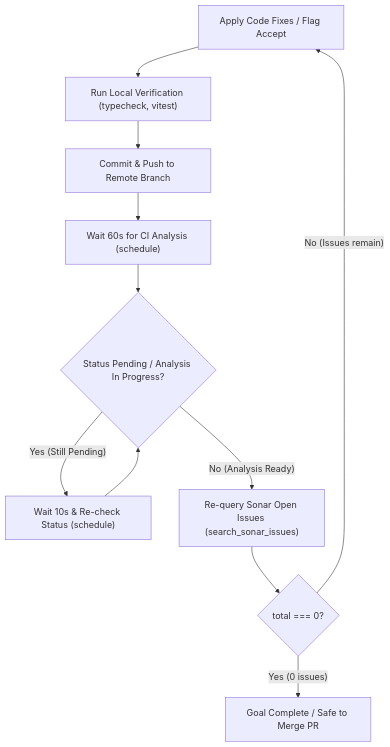
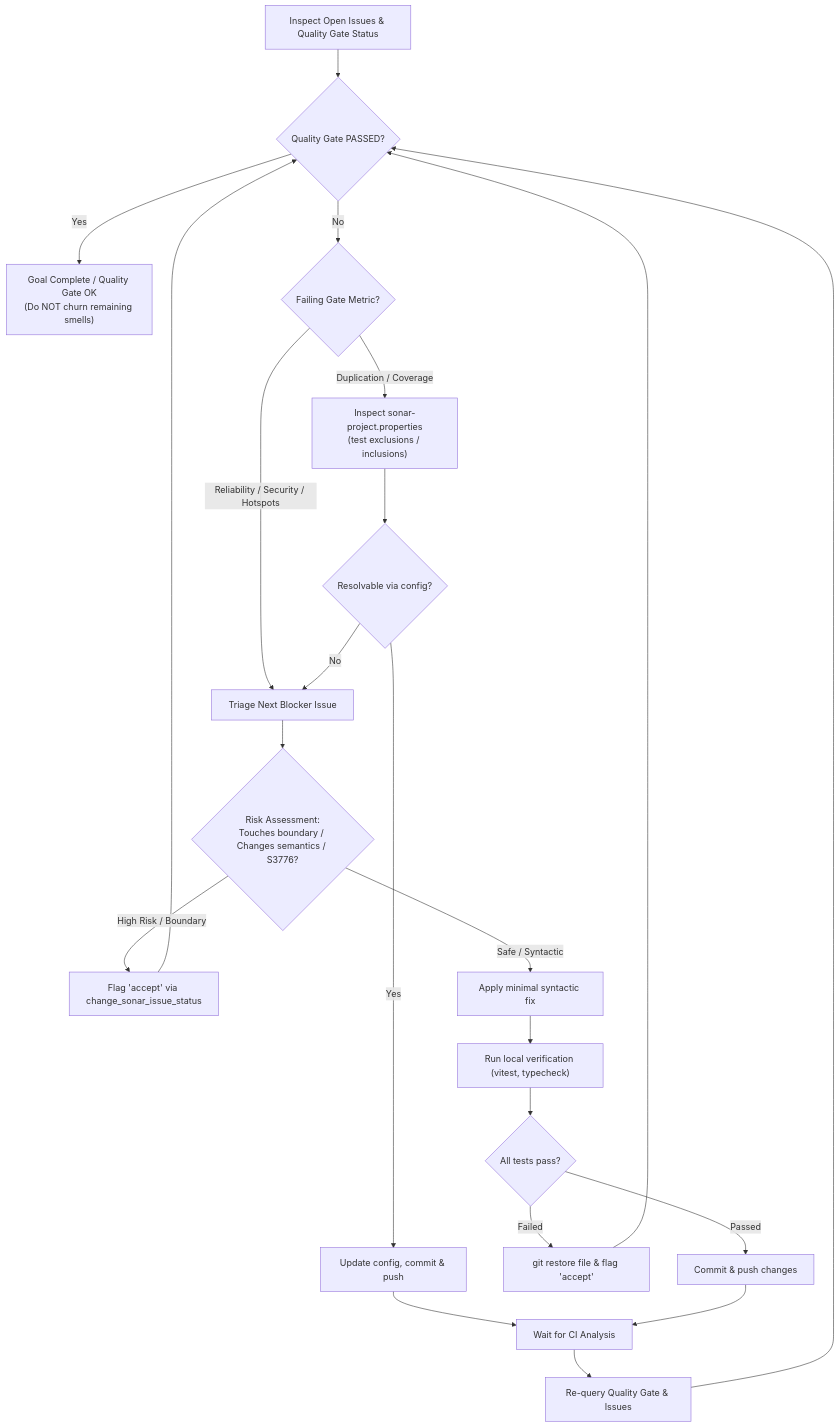
One commit to loerei/myskills changed the diagram in quality/sonar-remediation/SKILL.md. Above: the diagram before and after it, drawn with Mermaid. The commit also changed other lines of this file and 1 other file, not shown here.

Commit message:
feat(sonar-remediation): refactor skill with 5 core invariants and quality gate exit condition

````diff
--- a/quality/sonar-remediation/SKILL.md
+++ b/quality/sonar-remediation/SKILL.md
@@ -48,12 +53,19 @@
 ```mermaid
 flowchart TD
-    ApplyChanges["Apply Code Fixes / Flag Accept"] --> LocalVerify["Run Local Verification (typecheck, vitest)"]
-    LocalVerify --> CommitPush["Commit & Push to Remote Branch"]
-    CommitPush --> Wait60s["Wait 60s for CI Analysis (schedule)"]
-    Wait60s --> CheckPending{"Status Pending / Analysis In Progress?"}
-    CheckPending -->|"Yes (Still Pending)"| Poll10s["Wait 10s & Re-check Status (schedule)"] --> CheckPending
-    CheckPending -->|"No (Analysis Ready)"| ReQuery["Re-query Sonar Open Issues (search_sonar_issues)"]
-    ReQuery --> CheckZero{"total === 0?"}
-    CheckZero -->|"No (Issues remain)"| ApplyChanges
-    CheckZero -->|"Yes (0 issues)"| Complete["Goal Complete / Safe to Merge PR"]
+    InspectIssues["Inspect Open Issues & Quality Gate Status"] --> CheckGate{"Quality Gate PASSED?"}
+    CheckGate -->|"Yes"| Done["Goal Complete / Quality Gate OK<br/>(Do NOT churn remaining smells)"]
+    CheckGate -->|"No"| CheckMetric{"Failing Gate Metric?"}
+    CheckMetric -->|"Duplication / Coverage"| CheckConfig["Inspect sonar-project.properties<br/>(test exclusions / inclusions)"]
+    CheckMetric -->|"Reliability / Security / Hotspots"| TriageIssue["Triage Next Blocker Issue"]
+    CheckConfig --> ConfigFix{"Resolvable via config?"}
+    ConfigFix -->|"Yes"| ApplyConfig["Update config, commit & push"] --> WaitCI["Wait for CI Analysis"]
+    ConfigFix -->|"No"| TriageIssue
+    TriageIssue --> RiskEval{"Risk Assessment:<br/>Touches boundary / Changes semantics / S3776?"}
+    RiskEval -->|"High Risk / Boundary"| FlagAccept["Flag 'accept' via change_sonar_issue_status"] --> CheckGate
+    RiskEval -->|"Safe / Syntactic"| ApplyFix["Apply minimal syntactic fix"]
+    ApplyFix --> RunTests["Run local verification (vitest, typecheck)"]
+    RunTests --> TestResult{"All tests pass?"}
+    TestResult -->|"Failed"| Rollback["git restore file & flag 'accept'"] --> CheckGate
+    TestResult -->|"Passed"| CommitPush["Commit & push changes"] --> WaitCI
+    WaitCI --> ReQuery["Re-query Quality Gate & Issues"] --> CheckGate
 ```
````
